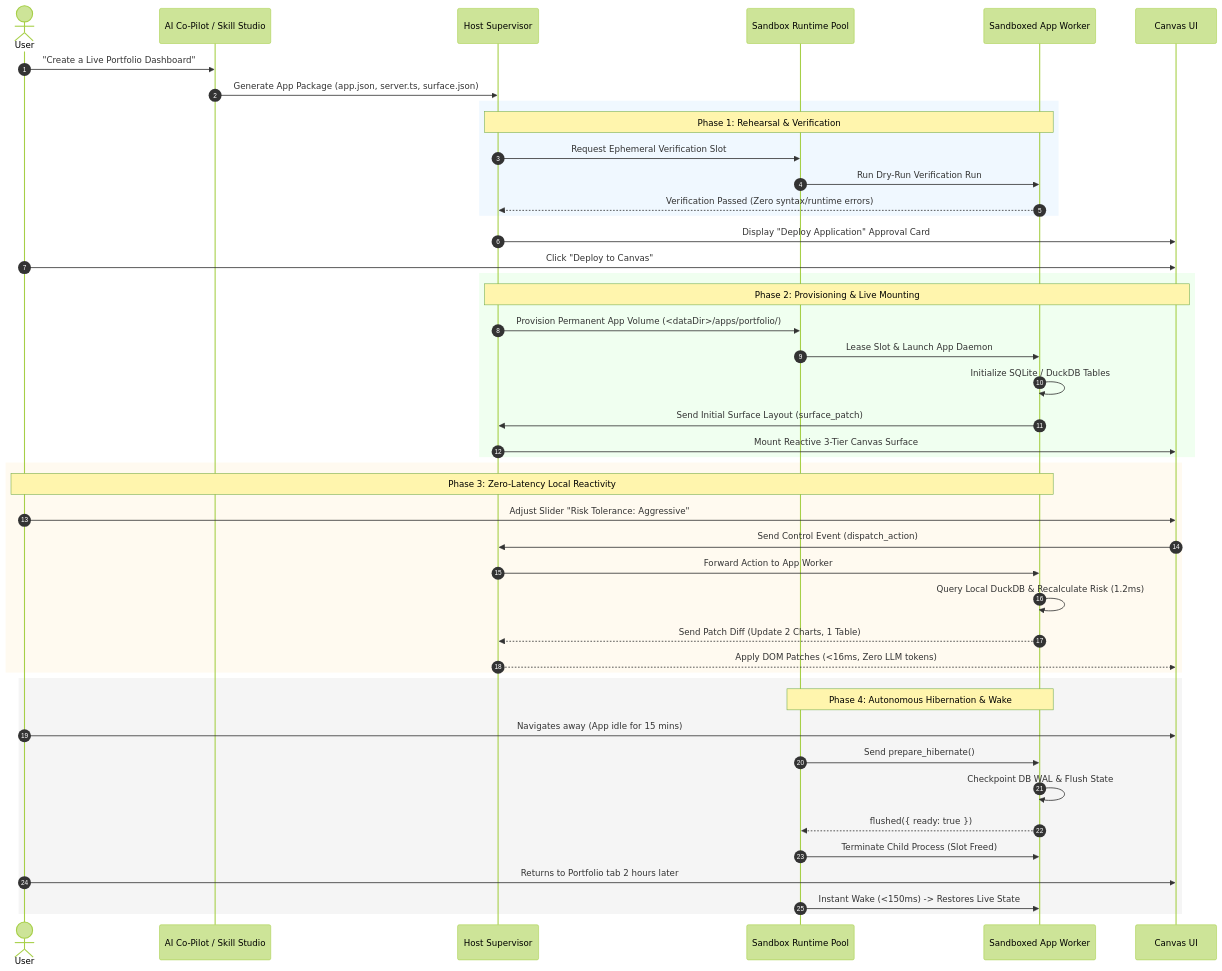
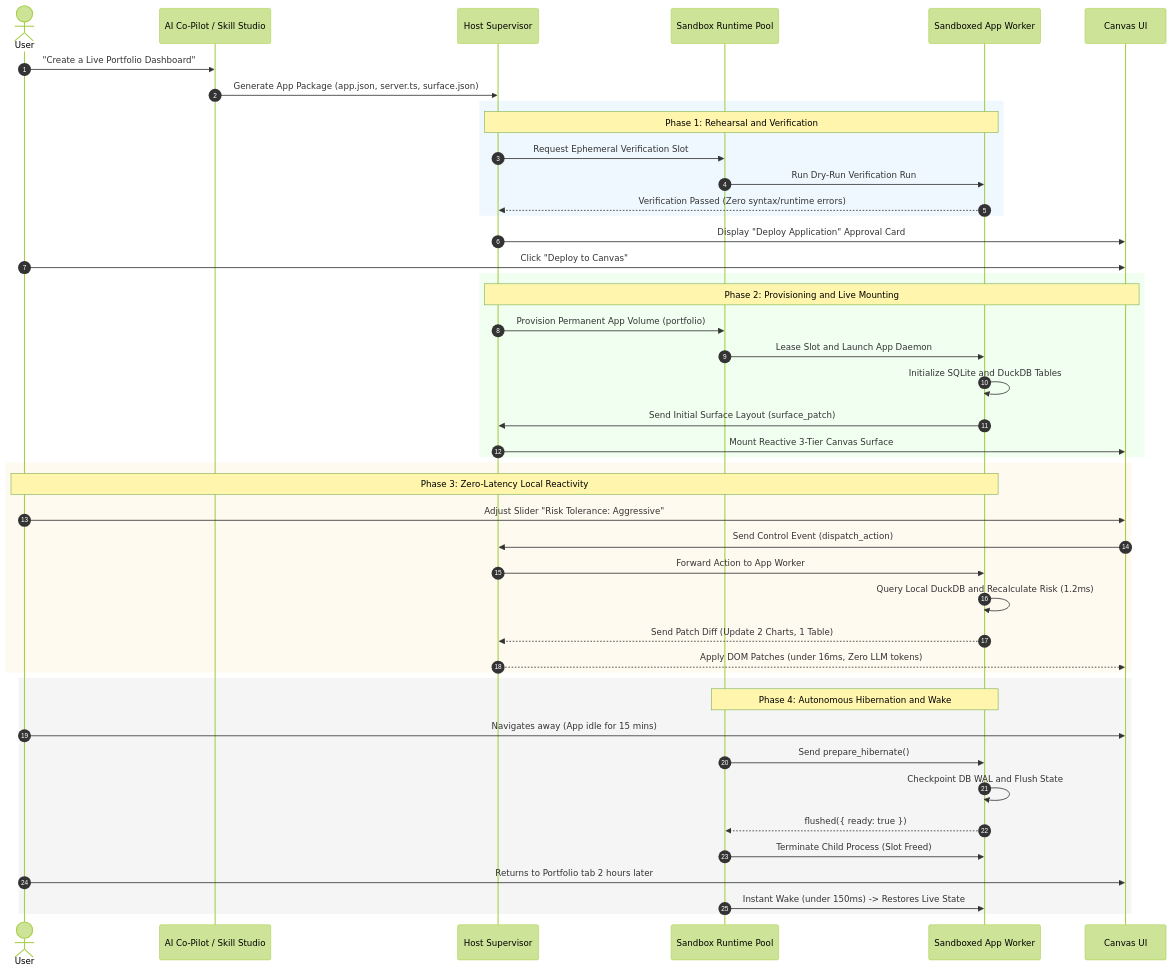
Before and after one commit to nranjan2code/vakyartha: the third of 6 diagrams in docs/sandboxed-apps/ARCHITECTURE.md, drawn with Mermaid (forest theme). The commit also changed other lines of this file, not shown here.

Commit message:
docs(sandboxed-apps): fix mermaid syntax errors for GitHub rendering

````diff
--- a/docs/sandboxed-apps/ARCHITECTURE.md
+++ b/docs/sandboxed-apps/ARCHITECTURE.md
@@ -335,53 +335,53 @@
 ```mermaid
 sequenceDiagram
     autonumber
-    actor User
+    actor User as User
     participant Agent as AI Co-Pilot / Skill Studio
     participant Sup as Host Supervisor
     participant Pool as Sandbox Runtime Pool
     participant Worker as Sandboxed App Worker
     participant Canvas as Canvas UI
 
     User->>Agent: "Create a Live Portfolio Dashboard"
     Agent->>Sup: Generate App Package (app.json, server.ts, surface.json)
     
     rect rgb(240, 248, 255)
-        note over Sup,Worker: Phase 1: Rehearsal & Verification
+        note over Sup,Worker: Phase 1: Rehearsal and Verification
         Sup->>Pool: Request Ephemeral Verification Slot
         Pool->>Worker: Run Dry-Run Verification Run
         Worker-->>Sup: Verification Passed (Zero syntax/runtime errors)
     end
     
     Sup->>Canvas: Display "Deploy Application" Approval Card
     User->>Canvas: Click "Deploy to Canvas"
     
     rect rgb(240, 255, 240)
-        note over Sup,Canvas: Phase 2: Provisioning & Live Mounting
-        Sup->>Pool: Provision Permanent App Volume (<dataDir>/apps/portfolio/)
-        Pool->>Worker: Lease Slot & Launch App Daemon
-        Worker->>Worker: Initialize SQLite / DuckDB Tables
+        note over Sup,Canvas: Phase 2: Provisioning and Live Mounting
+        Sup->>Pool: Provision Permanent App Volume (portfolio)
+        Pool->>Worker: Lease Slot and Launch App Daemon
+        Worker->>Worker: Initialize SQLite and DuckDB Tables
         Worker->>Sup: Send Initial Surface Layout (surface_patch)
         Sup->>Canvas: Mount Reactive 3-Tier Canvas Surface
     end
 
     rect rgb(255, 250, 240)
         note over User,Worker: Phase 3: Zero-Latency Local Reactivity
         User->>Canvas: Adjust Slider "Risk Tolerance: Aggressive"
         Canvas->>Sup: Send Control Event (dispatch_action)
         Sup->>Worker: Forward Action to App Worker
-        Worker->>Worker: Query Local DuckDB & Recalculate Risk (1.2ms)
+        Worker->>Worker: Query Local DuckDB and Recalculate Risk (1.2ms)
         Worker-->>Sup: Send Patch Diff (Update 2 Charts, 1 Table)
-        Sup-->>Canvas: Apply DOM Patches (<16ms, Zero LLM tokens)
+        Sup-->>Canvas: Apply DOM Patches (under 16ms, Zero LLM tokens)
     end
 
     rect rgb(245, 245, 245)
-        note over Pool,Worker: Phase 4: Autonomous Hibernation & Wake
+        note over Pool,Worker: Phase 4: Autonomous Hibernation and Wake
         User->>Canvas: Navigates away (App idle for 15 mins)
         Pool->>Worker: Send prepare_hibernate()
-        Worker->>Worker: Checkpoint DB WAL & Flush State
+        Worker->>Worker: Checkpoint DB WAL and Flush State
         Worker-->>Pool: flushed({ ready: true })
         Pool->>Worker: Terminate Child Process (Slot Freed)
         User->>Canvas: Returns to Portfolio tab 2 hours later
-        Pool->>Worker: Instant Wake (<150ms) -> Restores Live State
+        Pool->>Worker: Instant Wake (under 150ms) -> Restores Live State
     end
 ```
````
